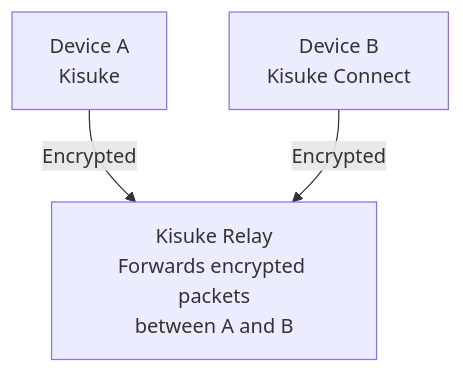
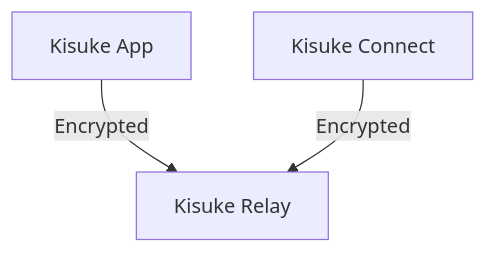
One commit to kisukeapp/mintlify-docs changed the diagram in concepts/relay-system.mdx. Above: the diagram before and after it, drawn with Mermaid. The commit also changed 3 other files, not shown here.

Commit message:
fix: mermaid diagram text clipping on same-section navigation

````diff
--- a/concepts/relay-system.mdx
+++ b/concepts/relay-system.mdx
@@ -12,5 +12,5 @@
 ```mermaid actions={false}
 graph TD
-  A["Device A<br/>Kisuke"] -->|Encrypted| Relay["Kisuke Relay<br/>Forwards encrypted packets<br/>between A and B"]
-  B["Device B<br/>Kisuke Connect"] -->|Encrypted| Relay
+  A["Kisuke App"] -->|Encrypted| Relay["Kisuke Relay"]
+  B["Kisuke Connect"] -->|Encrypted| Relay
 ```
````
